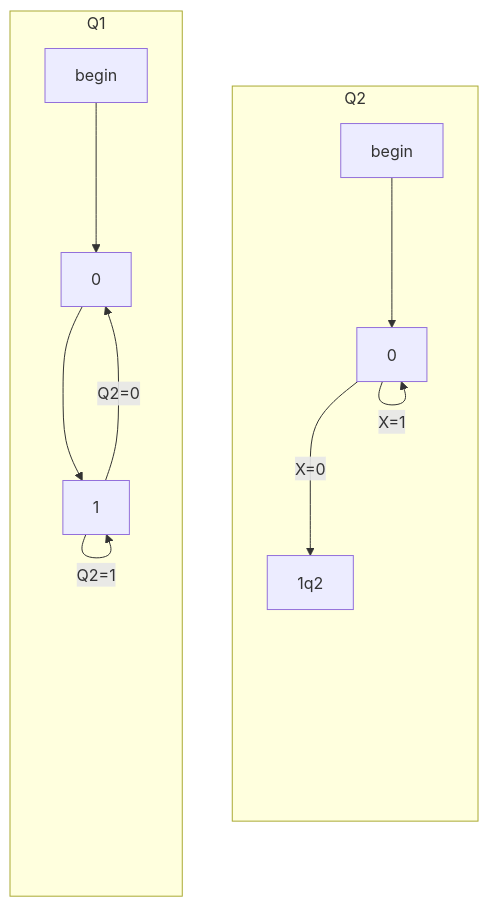
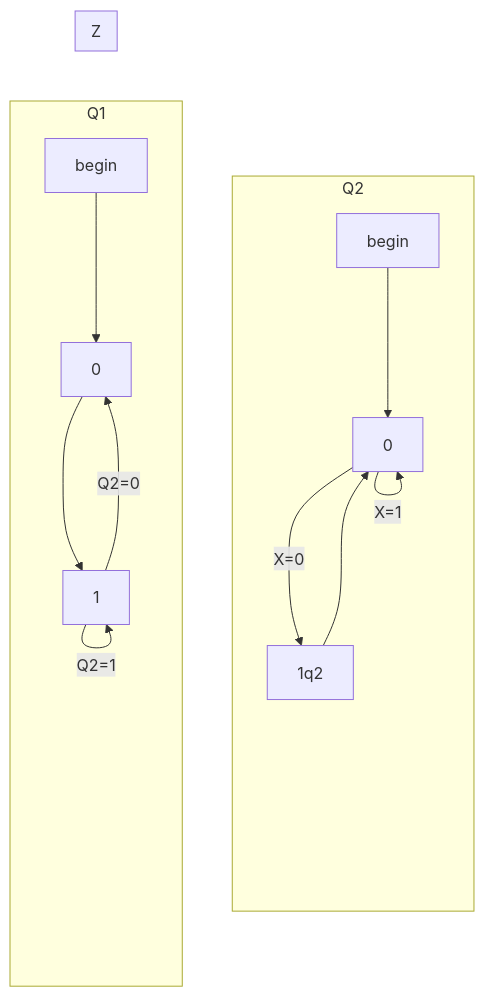
The second of 2 diagrams in CSDS 281 - Logic Design/HW/8/Tables.md (tnichols217/notes), drawn with Mermaid before and after one commit.

Commit message:
vault backup: 2024-04-03 22:52:54

````diff
--- a/CSDS 281 - Logic Design/HW/8/Tables.md
+++ b/CSDS 281 - Logic Design/HW/8/Tables.md
@@ -27,16 +27,19 @@
 ```mermaid
 flowchart LR
 subgraph Q1
 beginq1[begin] ---> 0q1[0]
 0q1 ---> 1q1[1]
 1q1 --->|Q2=1| 1q1 
 1q1 --->|Q2=0| 0q1
 end
-Q1 ~~~ Q2
 subgraph Q2
 beginq2[begin] ---> 0q2[0]
 0q2 --->|X=0| 1q2
 0q2 --->|X=1| 0q2
+1q2 ---> 0q2
+end
+subgraph Z
 
 end
+Q1 ~~~ Q2
 ```
````
